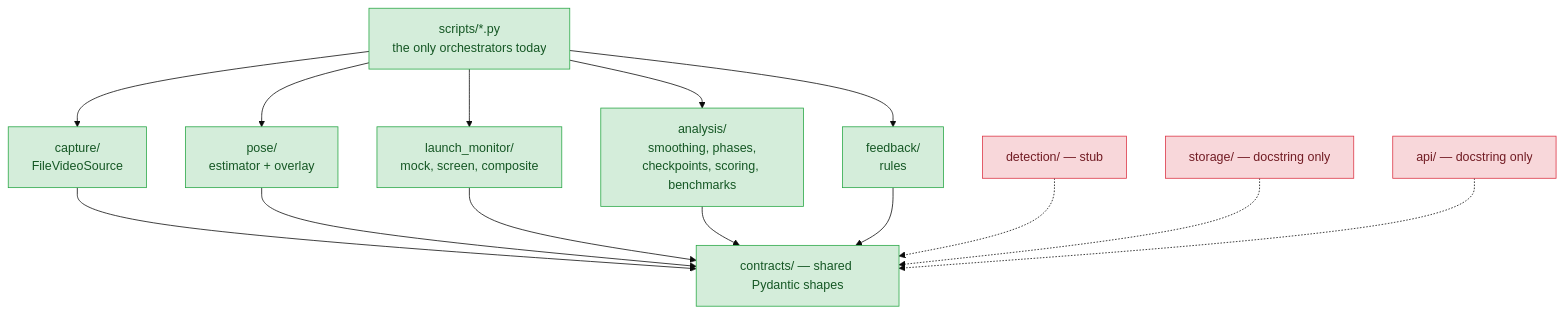
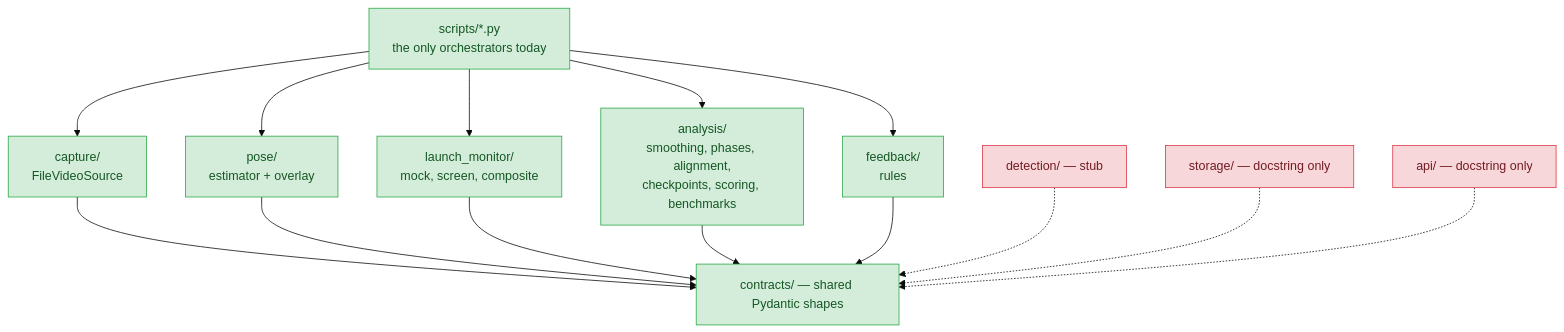
One commit to MildTreeRat/golf-coach changed the second of 3 diagrams in docs/ARCHITECTURE.md. Above: the diagram before and after it, drawn with Mermaid (base theme). The commit also changed other lines of this file and 45 other files, not shown here.

````diff
--- a/docs/ARCHITECTURE.md
+++ b/docs/ARCHITECTURE.md
@@ -79,24 +79,24 @@
 ```mermaid
 flowchart TD
     C["contracts/ — shared Pydantic shapes"]
 
     CAP["capture/<br/>FileVideoSource"] --> C
     POSE["pose/<br/>estimator + overlay"] --> C
     LMM["launch_monitor/<br/>mock, screen, composite"] --> C
-    ANA["analysis/<br/>smoothing, phases,<br/>checkpoints, scoring, benchmarks"] --> C
+    ANA["analysis/<br/>smoothing, phases, alignment,<br/>checkpoints, scoring, benchmarks"] --> C
     FB["feedback/<br/>rules"] --> C
     DET["detection/ — stub"] -.-> C
     STO["storage/ — docstring only"] -.-> C
     API["api/ — docstring only"] -.-> C
 
     CLI["scripts/*.py<br/>the only orchestrators today"] --> CAP
     CLI --> POSE
     CLI --> ANA
     CLI --> FB
     CLI --> LMM
 
     classDef built fill:#d4edda,stroke:#28a745,color:#155724;
     classDef stub fill:#f8d7da,stroke:#dc3545,color:#721c24;
     class C,CAP,POSE,LMM,ANA,FB,CLI built;
     class DET,STO,API stub;
 ```
````
